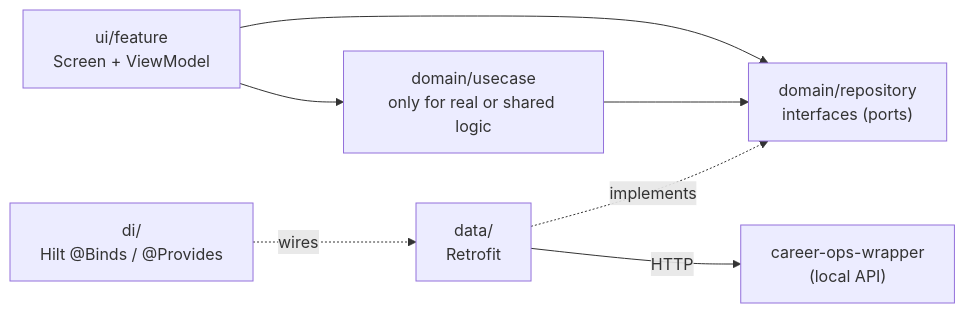
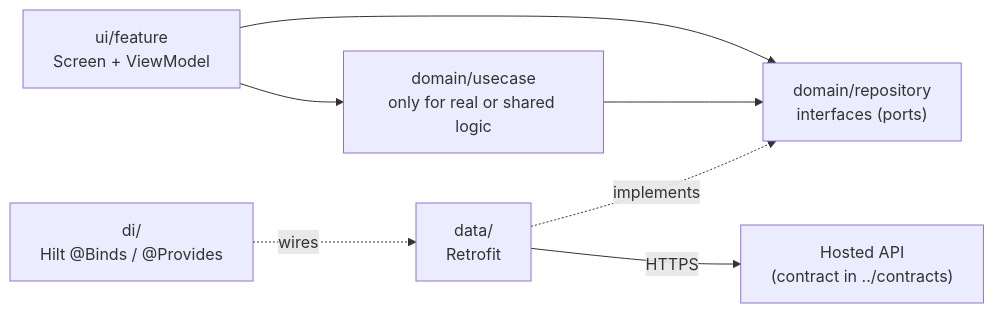
Before and after one commit to dthuy62/jobflow: the first of 4 diagrams in android/docs/system-architecture.md, drawn with Mermaid. The commit also changed other lines of this file and 58 other files, not shown here.

Commit message:
feat(android): move the app to the hosted API contract

````diff
--- a/android/docs/system-architecture.md
+++ b/android/docs/system-architecture.md
@@ -5,9 +5,9 @@
 ```mermaid
 flowchart LR
     UI["ui/feature<br/>Screen + ViewModel"] --> UC["domain/usecase<br/>only for real or shared logic"]
     UI --> PORTS
     UC --> PORTS["domain/repository<br/>interfaces (ports)"]
     DATA["data/<br/>Retrofit"] -. implements .-> PORTS
     DI["di/<br/>Hilt @Binds / @Provides"] -. wires .-> DATA
-    DATA -- HTTP --> WRAPPER["career-ops-wrapper<br/>(local API)"]
+    DATA -- HTTPS --> API["Hosted API<br/>(contract in ../contracts)"]
 ```
````
